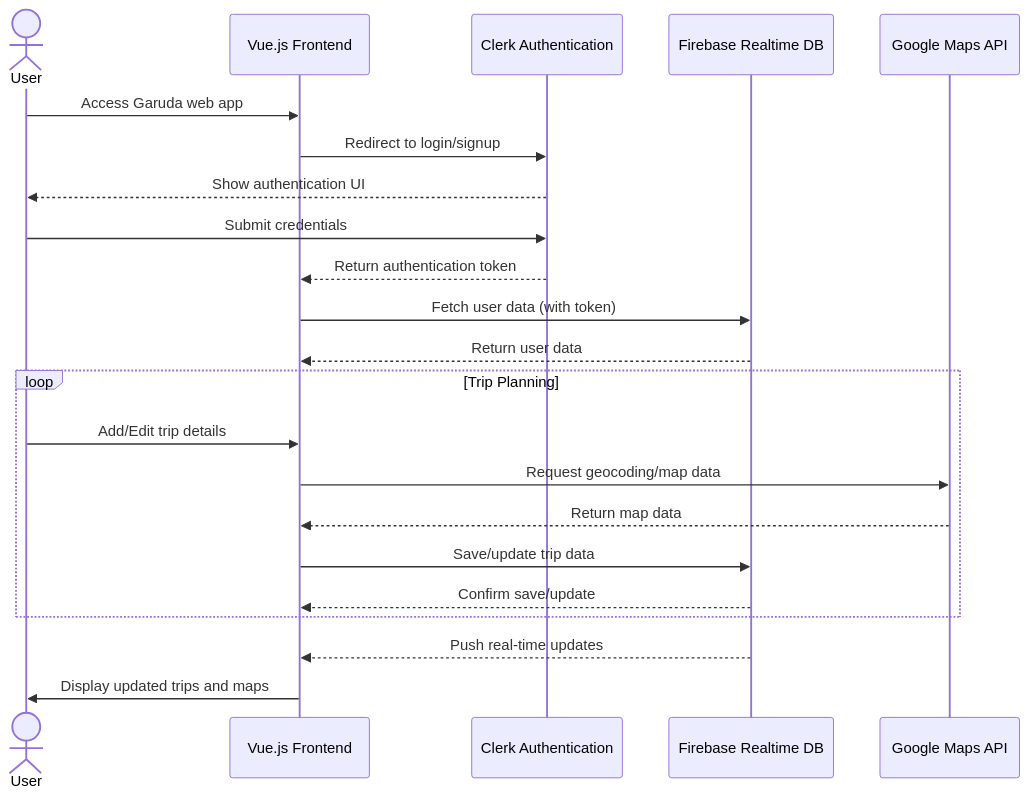
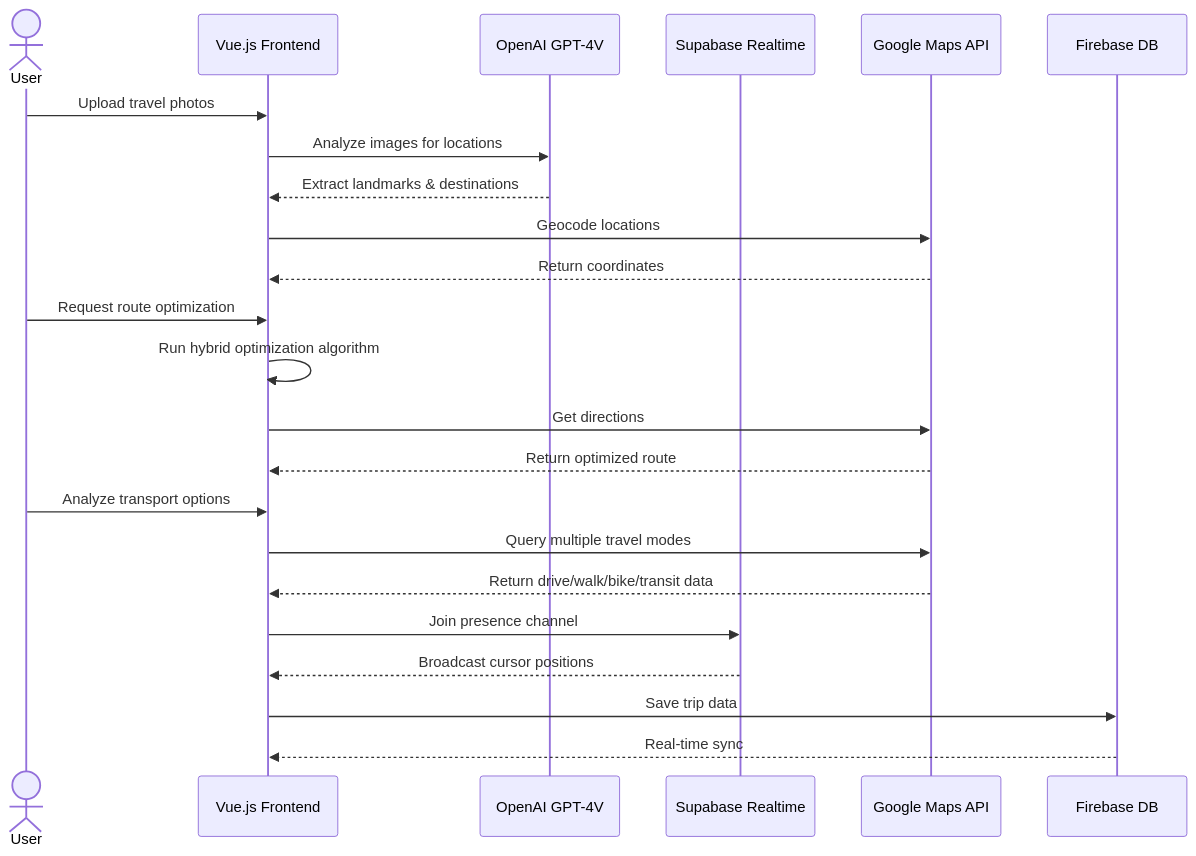
Before and after one commit to gongahkia/garuda: the diagram in README.md, drawn with Mermaid. The commit also changed other lines of this file, not shown here.

````diff
--- a/README.md
+++ b/README.md
@@ -81,27 +162,29 @@
 ```mermaid
 sequenceDiagram
     actor User
-    participant VueFrontend as Vue.js Frontend
-    participant ClerkAuth as Clerk Authentication
-    participant FirebaseDB as Firebase Realtime DB
-    participant GoogleMaps as Google Maps API
+    participant Vue as Vue.js Frontend
+    participant OpenAI as OpenAI GPT-4V
+    participant Supabase as Supabase Realtime
+    participant GMaps as Google Maps API
+    participant Firebase as Firebase DB
 
-    User->>VueFrontend: Access Garuda web app
-    VueFrontend->>ClerkAuth: Redirect to login/signup
-    ClerkAuth-->>User: Show authentication UI
-    User->>ClerkAuth: Submit credentials
-    ClerkAuth-->>VueFrontend: Return authentication token
-    VueFrontend->>FirebaseDB: Fetch user data (with token)
-    FirebaseDB-->>VueFrontend: Return user data
+    User->>Vue: Upload travel photos
+    Vue->>OpenAI: Analyze images for locations
+    OpenAI-->>Vue: Extract landmarks & destinations
+    Vue->>GMaps: Geocode locations
+    GMaps-->>Vue: Return coordinates
 
-    loop Trip Planning
-        User->>VueFrontend: Add/Edit trip details
-        VueFrontend->>GoogleMaps: Request geocoding/map data
-        GoogleMaps-->>VueFrontend: Return map data
-        VueFrontend->>FirebaseDB: Save/update trip data
-        FirebaseDB-->>VueFrontend: Confirm save/update
-    end
+    User->>Vue: Request route optimization
+    Vue->>Vue: Run hybrid optimization algorithm
+    Vue->>GMaps: Get directions
+    GMaps-->>Vue: Return optimized route
 
-    FirebaseDB-->>VueFrontend: Push real-time updates
-    VueFrontend->>User: Display updated trips and maps
+    User->>Vue: Analyze transport options
+    Vue->>GMaps: Query multiple travel modes
+    GMaps-->>Vue: Return drive/walk/bike/transit data
+
+    Vue->>Supabase: Join presence channel
+    Supabase-->>Vue: Broadcast cursor positions
+    Vue->>Firebase: Save trip data
+    Firebase-->>Vue: Real-time sync
 ```
````
